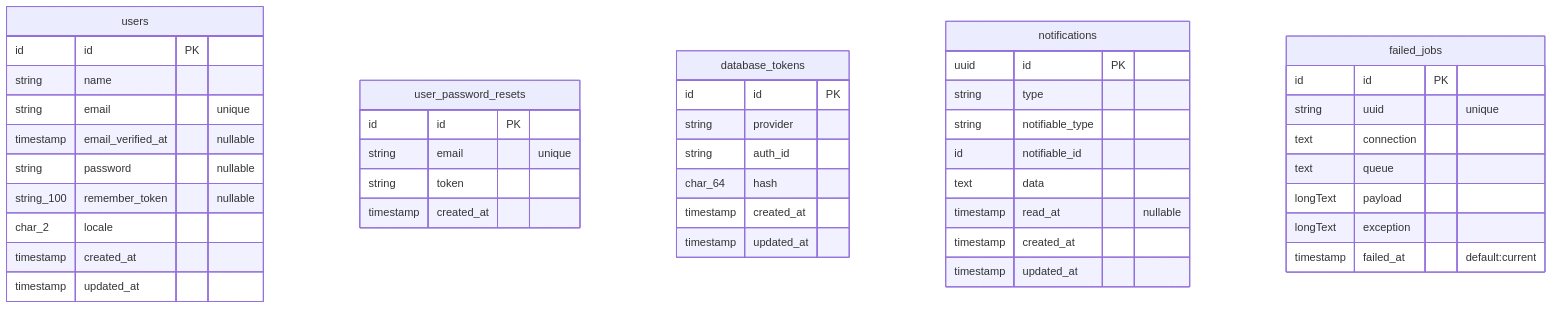
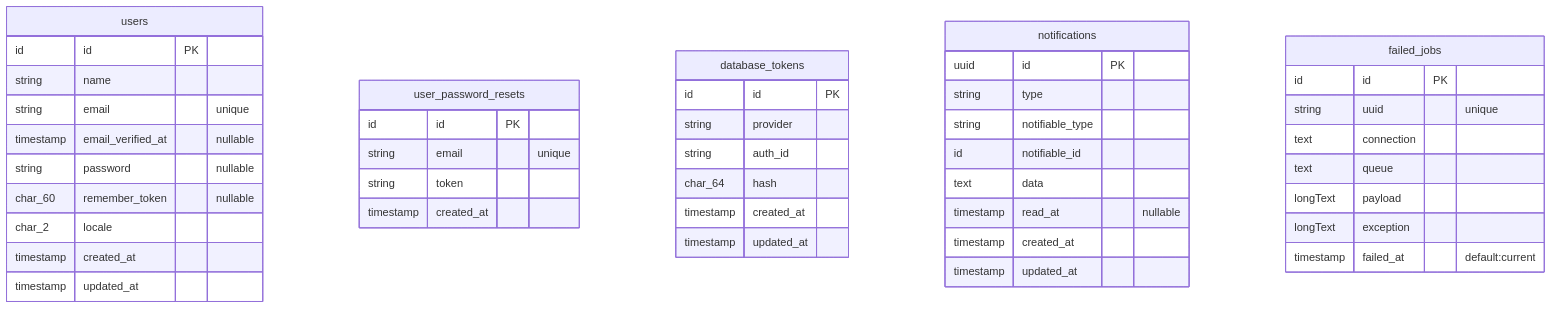
One commit to tomchochola/laratchi-boilerplate changed the diagram in docs/database_schema.md. Above: the diagram before and after it, drawn with Mermaid. The commit also changed 10 other files, not shown here.

````diff
--- a/docs/database_schema.md
+++ b/docs/database_schema.md
@@ -3,52 +3,52 @@
 ```mermaid
 erDiagram
 
 users {
   id id PK
   string name
   string email "unique"
   timestamp email_verified_at "nullable"
   string password "nullable"
-  string_100 remember_token "nullable"
+  char_60 remember_token "nullable"
   char_2 locale
   timestamp created_at
   timestamp updated_at
 }
 
 user_password_resets {
   id id PK
   string email "unique"
   string token
   timestamp created_at
 }
 
 database_tokens {
   id id PK
   string provider
   string auth_id
   char_64 hash
   timestamp created_at
   timestamp updated_at
 }
 
 notifications {
   uuid id PK
   string type
   string notifiable_type
   id notifiable_id
   text data
   timestamp read_at "nullable"
   timestamp created_at
   timestamp updated_at
 }
 
 failed_jobs {
   id id PK
   string uuid "unique"
   text connection
   text queue
   longText payload
   longText exception
   timestamp failed_at "default:current"
 }
 ```
````
